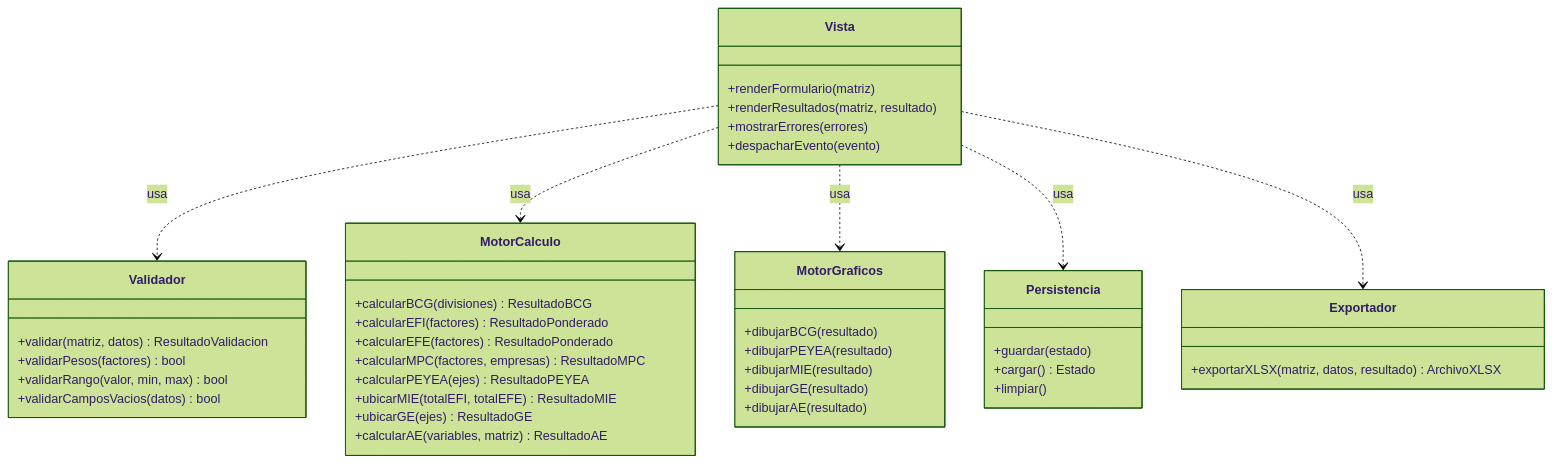
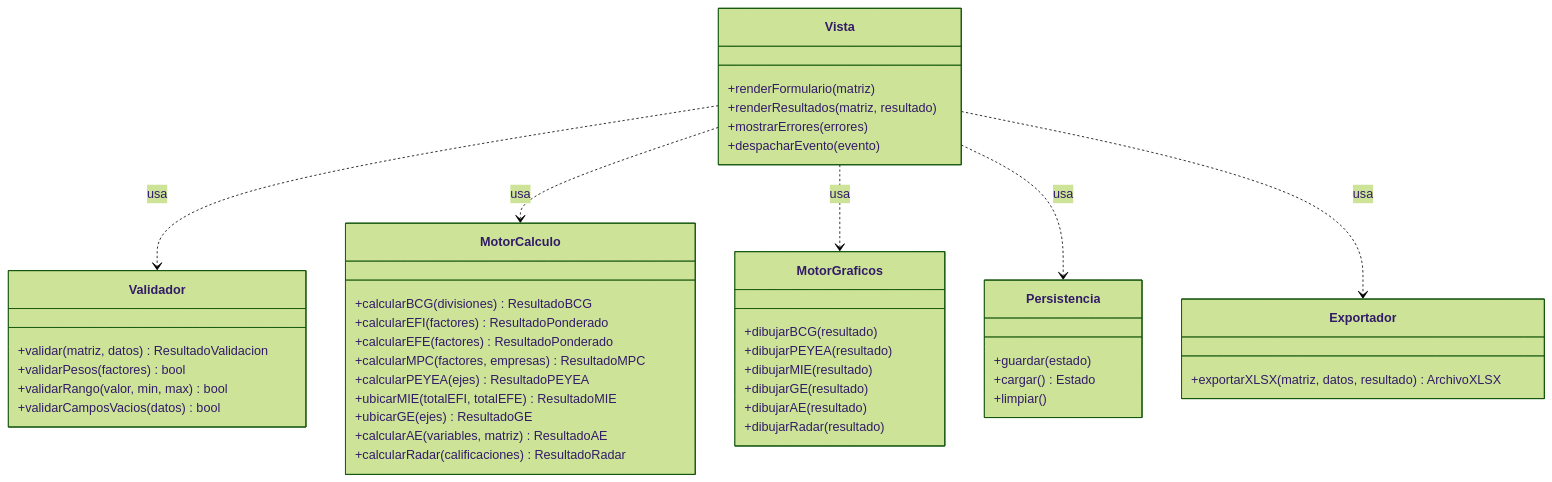
Before and after one commit to gerson-chumpitaz/mtx: the first of 11 diagrams in VUP.md, drawn with Mermaid (forest theme). The commit also changed other lines of this file, not shown here.

Commit message:
Elaboration II (Modulo 3): componentes, escenarios RE-1 a RE-5 y diagramas de Radar Estrategico

````diff
--- a/VUP.md
+++ b/VUP.md
@@ -381,45 +381,47 @@
 ```mermaid
 classDiagram
     class Vista {
         +renderFormulario(matriz)
         +renderResultados(matriz, resultado)
         +mostrarErrores(errores)
         +despacharEvento(evento)
     }
     class Validador {
         +validar(matriz, datos) ResultadoValidacion
         +validarPesos(factores) bool
         +validarRango(valor, min, max) bool
         +validarCamposVacios(datos) bool
     }
     class MotorCalculo {
         +calcularBCG(divisiones) ResultadoBCG
         +calcularEFI(factores) ResultadoPonderado
         +calcularEFE(factores) ResultadoPonderado
         +calcularMPC(factores, empresas) ResultadoMPC
         +calcularPEYEA(ejes) ResultadoPEYEA
         +ubicarMIE(totalEFI, totalEFE) ResultadoMIE
         +ubicarGE(ejes) ResultadoGE
         +calcularAE(variables, matriz) ResultadoAE
+        +calcularRadar(calificaciones) ResultadoRadar
     }
     class MotorGraficos {
         +dibujarBCG(resultado)
         +dibujarPEYEA(resultado)
         +dibujarMIE(resultado)
         +dibujarGE(resultado)
         +dibujarAE(resultado)
+        +dibujarRadar(resultado)
     }
     class Persistencia {
         +guardar(estado)
         +cargar() Estado
         +limpiar()
     }
     class Exportador {
         +exportarXLSX(matriz, datos, resultado) ArchivoXLSX
     }
     Vista ..> Validador : usa
     Vista ..> MotorCalculo : usa
     Vista ..> MotorGraficos : usa
     Vista ..> Persistencia : usa
     Vista ..> Exportador : usa
 ```
````
